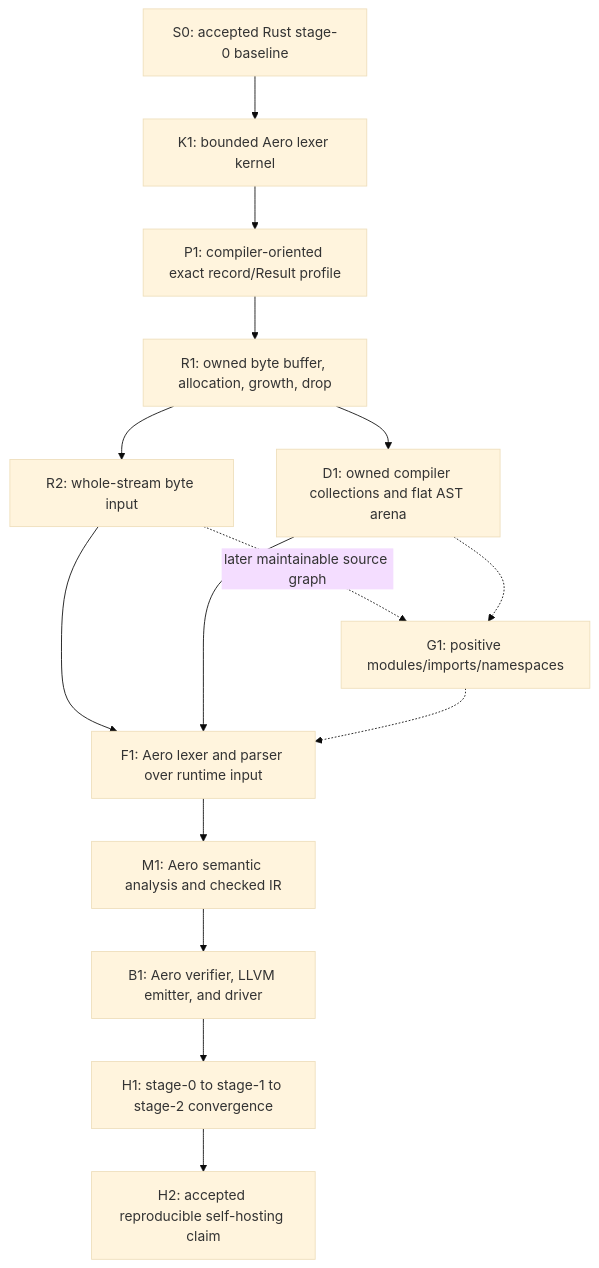
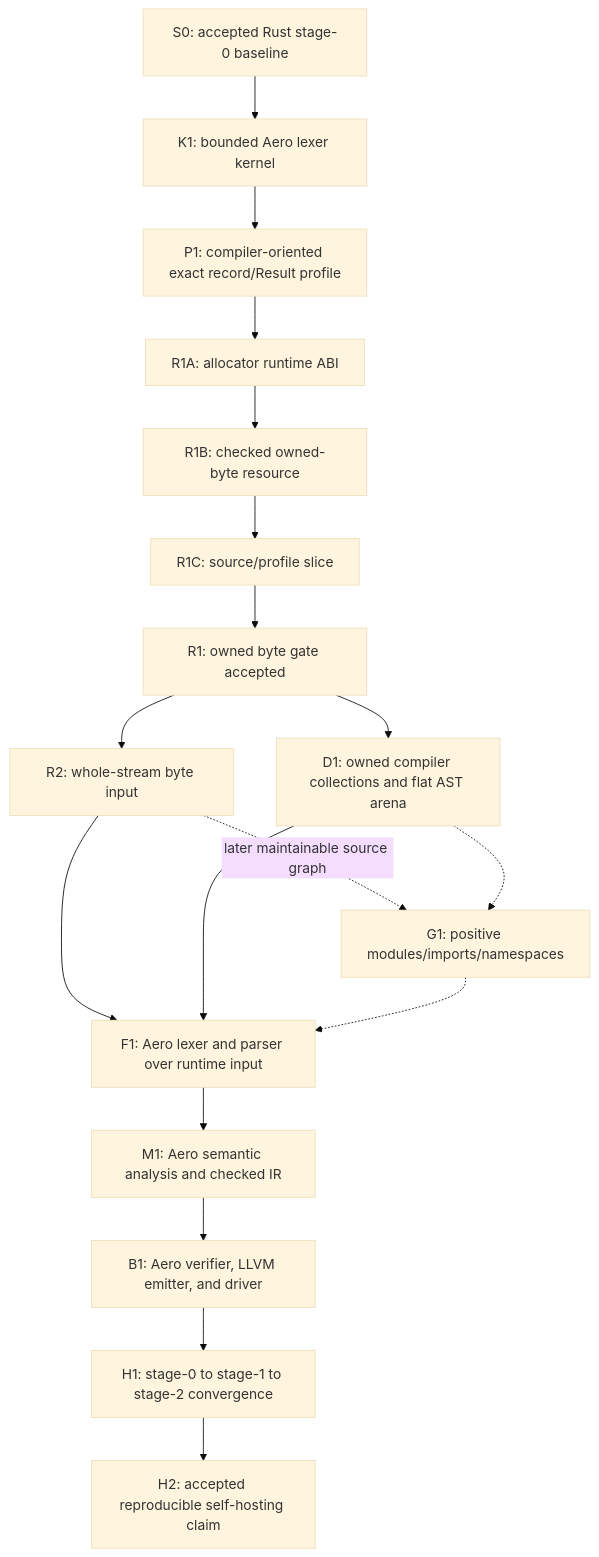
One commit to RobVanProd/Aero changed the diagram in SELF_HOSTING_ROADMAP.md. Above: the diagram before and after it, drawn with Mermaid (base theme). The commit also changed other lines of this file and 1 other file, not shown here.

Commit message:
docs: map the staged owned-byte buffer route

````diff
--- a/SELF_HOSTING_ROADMAP.md
+++ b/SELF_HOSTING_ROADMAP.md
@@ -78,17 +79,20 @@
 ```mermaid
 flowchart TD
     S0["S0: accepted Rust stage-0 baseline"] --> K1["K1: bounded Aero lexer kernel"]
     K1 --> P1["P1: compiler-oriented exact record/Result profile"]
-    P1 --> R1["R1: owned byte buffer, allocation, growth, drop"]
+    P1 --> R1A["R1A: allocator runtime ABI"]
+    R1A --> R1B["R1B: checked owned-byte resource"]
+    R1B --> R1C["R1C: source/profile slice"]
+    R1C --> R1["R1: owned byte gate accepted"]
     R1 --> R2["R2: whole-stream byte input"]
     R1 --> D1["D1: owned compiler collections and flat AST arena"]
     R2 --> F1["F1: Aero lexer and parser over runtime input"]
     D1 --> F1
     F1 --> M1["M1: Aero semantic analysis and checked IR"]
     M1 --> B1["B1: Aero verifier, LLVM emitter, and driver"]
     B1 --> H1["H1: stage-0 to stage-1 to stage-2 convergence"]
     H1 --> H2["H2: accepted reproducible self-hosting claim"]
     R2 -. "later maintainable source graph" .-> G1["G1: positive modules/imports/namespaces"]
     D1 -.-> G1
     G1 -.-> F1
 ```
````
